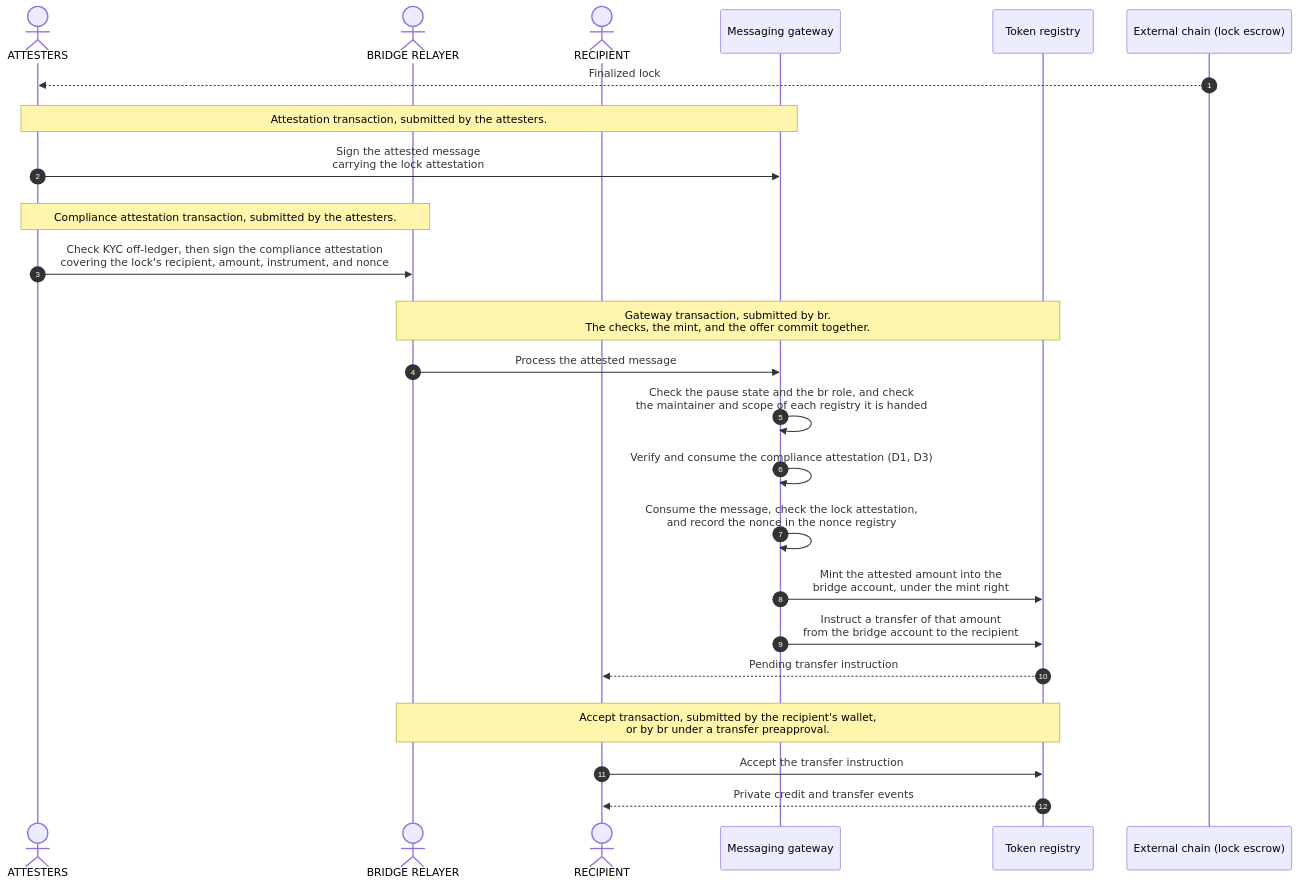
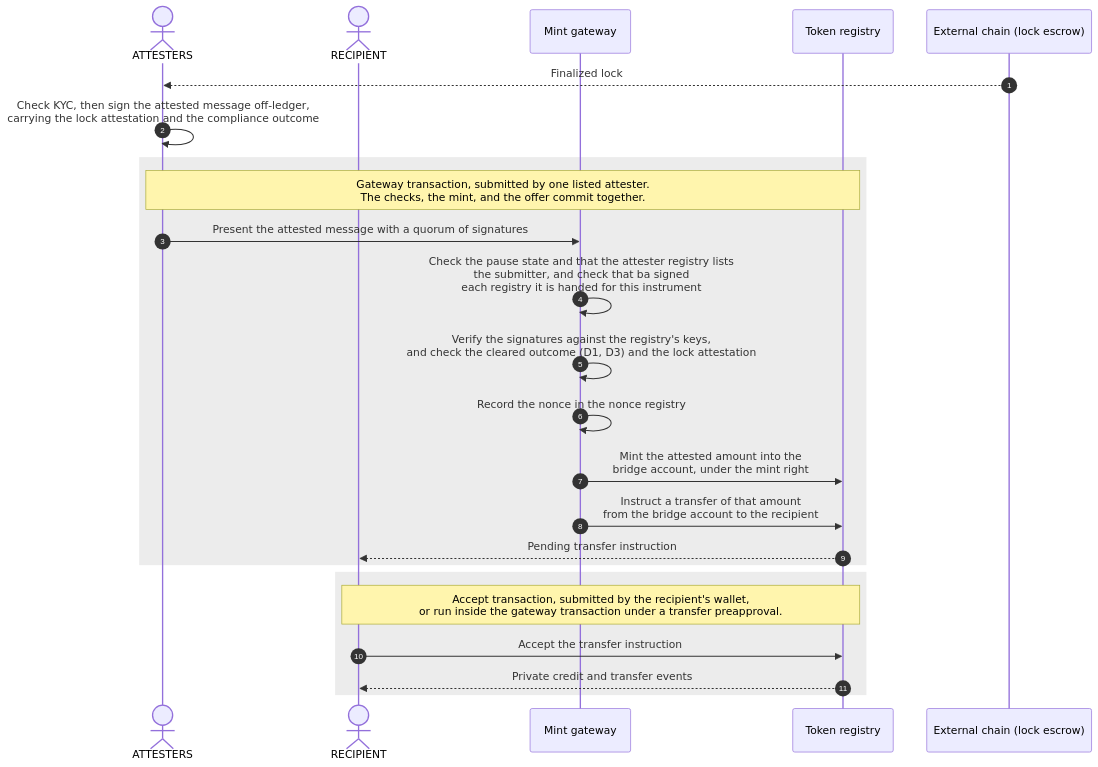
The third of 5 diagrams in docs/reference-architectures/cross-chain-stablecoin.md (OpenZeppelin/canton-specs), drawn with Mermaid before and after one commit. The commit also changed other lines of this file and 1 other file, not shown here.

First line of the commit message:
cross-chain stablecoin bridge: Address review feedback (#226)

````diff
--- a/docs/reference-architectures/cross-chain-stablecoin.md
+++ b/docs/reference-architectures/cross-chain-stablecoin.md
@@ -301,35 +460,27 @@
 ```mermaid
 sequenceDiagram
     autonumber
     actor Attesters as ATTESTERS
-    actor Relayer as BRIDGE RELAYER
     actor Recipient as RECIPIENT
-    participant App as Messaging gateway
+    participant App as Mint gateway
     participant Registry as Token registry
     participant Chain as External chain (lock escrow)
 
     Chain-->>Attesters: Finalized lock
-    rect rgba(255, 255, 255, .1)
-        Note over Attesters,App: Attestation transaction, submitted by the attesters.
-        Attesters->>App: Sign the attested message<br/>carrying the lock attestation
-    end
-    rect rgba(255, 255, 255, .1)
-        Note over Attesters,Relayer: Compliance attestation transaction, submitted by the attesters.
-        Attesters->>Relayer: Check KYC off-ledger, then sign the compliance attestation<br/>covering the lock's recipient, amount, instrument, and nonce
-    end
-    rect rgba(255, 255, 255, .1)
-        Note over Relayer,Registry: Gateway transaction, submitted by br.<br/>The checks, the mint, and the offer commit together.
-        Relayer->>App: Process the attested message
-        App->>App: Check the pause state and the br role, and check<br/>the maintainer and scope of each registry it is handed
-        App->>App: Verify and consume the compliance attestation (D1, D3)
-        App->>App: Consume the message, check the lock attestation,<br/>and record the nonce in the nonce registry
+    Attesters->>Attesters: Check KYC, then sign the attested message off-ledger,<br/>carrying the lock attestation and the compliance outcome
+    rect rgba(127, 127, 127, .15)
+        Note over Attesters,Registry: Gateway transaction, submitted by one listed attester.<br/>The checks, the mint, and the offer commit together.
+        Attesters->>App: Present the attested message with a quorum of signatures
+        App->>App: Check the pause state and that the attester registry lists<br/>the submitter, and check that ba signed<br/>each registry it is handed for this instrument
+        App->>App: Verify the signatures against the registry's keys,<br/>and check the cleared outcome (D1, D3) and the lock attestation
+        App->>App: Record the nonce in the nonce registry
         App->>Registry: Mint the attested amount into the<br/>bridge account, under the mint right
         App->>Registry: Instruct a transfer of that amount<br/>from the bridge account to the recipient
         Registry-->>Recipient: Pending transfer instruction
     end
-    rect rgba(255, 255, 255, .1)
-        Note over Relayer,Registry: Accept transaction, submitted by the recipient's wallet,<br/>or by br under a transfer preapproval.
+    rect rgba(127, 127, 127, .15)
+        Note over Recipient,Registry: Accept transaction, submitted by the recipient's wallet,<br/>or run inside the gateway transaction under a transfer preapproval.
         Recipient->>Registry: Accept the transfer instruction
         Registry-->>Recipient: Private credit and transfer events
     end
 ```
````
